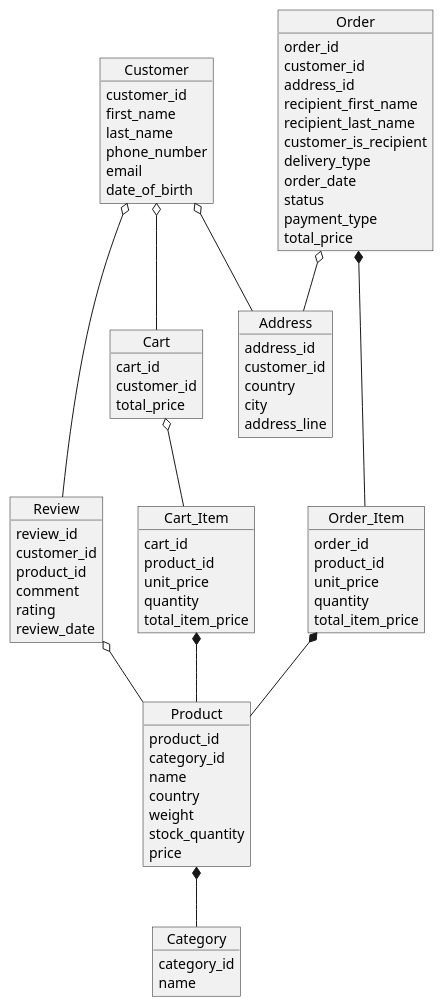
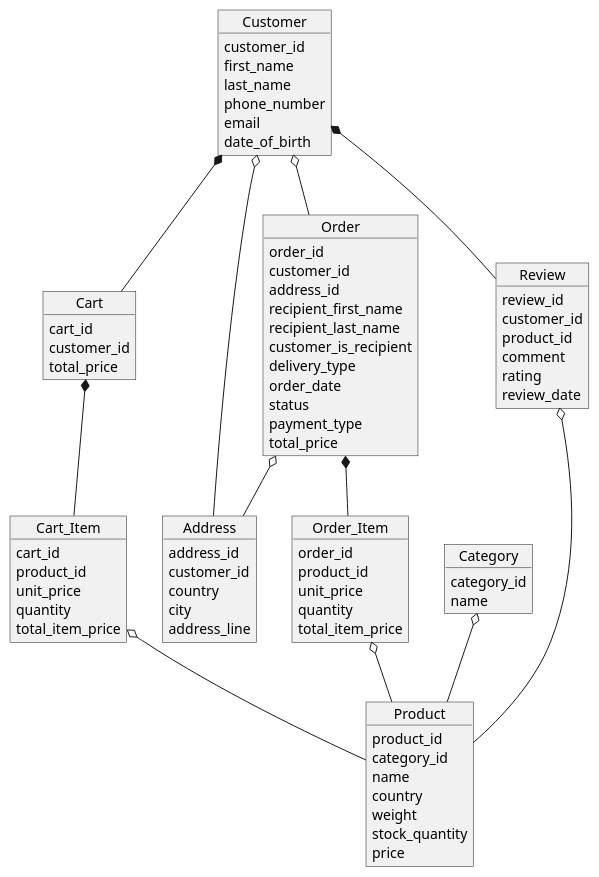
One commit to besade/KPI changed the diagram in AdditionalMaterials/Diagram.puml. Above: the diagram before and after it, drawn with PlantUML. The commit also changed 6 other files, not shown here.

```diff
--- a/AdditionalMaterials/Diagram.puml
+++ b/AdditionalMaterials/Diagram.puml
@@ -1,91 +1,93 @@
 @startuml
 
 object Customer {
 customer_id
 first_name
 last_name
 phone_number
 email
 date_of_birth
 }
 
 object Address {
 address_id
 customer_id
 country
 city
 address_line
 }
 
 object Category {
 category_id
 name
 }
 
 object Product {
 product_id
 category_id
 name
 country
 weight
 stock_quantity
 price
 }
 
 object Review {
 review_id
 customer_id
 product_id
 comment
 rating
 review_date
 }
 
 object Cart_Item {
 cart_id
 product_id
 unit_price
 quantity
 total_item_price
 }
 
 object Cart {
 cart_id
 customer_id
 total_price
 }
 
 object Order_Item {
 order_id
 product_id
 unit_price
 quantity
 total_item_price
 }
 
 object Order {
 order_id
 customer_id
 address_id
 recipient_first_name
 recipient_last_name
 customer_is_recipient
 delivery_type
 order_date
 status
 payment_type
 total_price
 }
 
 Customer o-- Address
-Customer o-- Cart
-Cart o-- Cart_Item
-Cart_Item *-- Product
+Customer *-- Cart
+Cart *-- Cart_Item
+Cart_Item o-- Product
+Customer o-- Order
 Order o-- Address
 Order *-- Order_Item
-Order_Item *-- Product
-Product *-- Category
-Customer o-- Review
+Order_Item o-- Product
+Category o-- Product
+Customer *-- Review
 Review o-- Product
 
+
 @enduml
```
